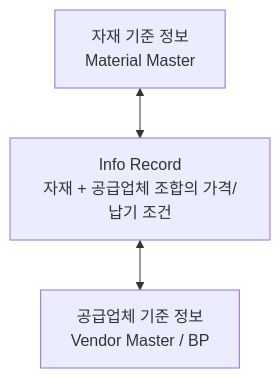
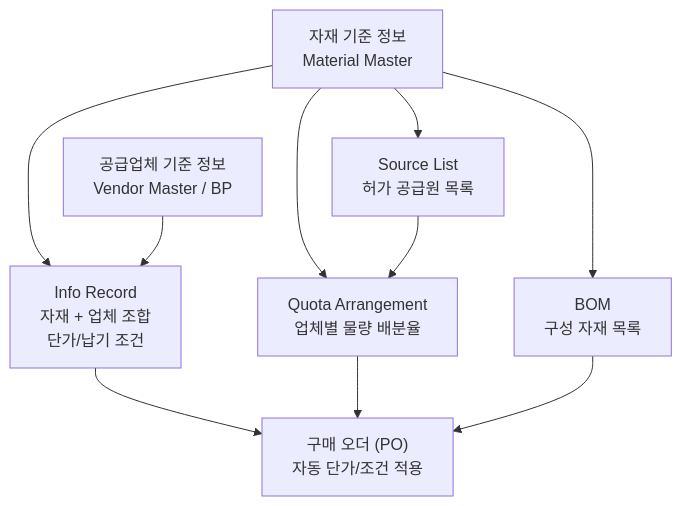
Before and after one commit to jhmin1993/mm: the diagram in docs/_master-data/index.md, drawn with Mermaid. The commit also changed other lines of this file and 12 other files, not shown here.

````diff
--- a/docs/_master-data/index.md
+++ b/docs/_master-data/index.md
@@ -36,5 +36,12 @@
 ```mermaid
 flowchart TD
-    A["자재 기준 정보<br/>Material Master"] <--> B["Info Record<br/>자재 + 공급업체 조합의 가격/납기 조건"]
-    B <--> C["공급업체 기준 정보<br/>Vendor Master / BP"]
+    MM["자재 기준 정보<br/>Material Master"] --> IR["Info Record<br/>자재 + 업체 조합<br/>단가/납기 조건"]
+    VM["공급업체 기준 정보<br/>Vendor Master / BP"] --> IR
+    MM --> SL["Source List<br/>허가 공급원 목록"]
+    MM --> QA["Quota Arrangement<br/>업체별 물량 배분율"]
+    SL --> QA
+    IR --> PO["구매 오더 (PO)<br/>자동 단가/조건 적용"]
+    QA --> PO
+    MM --> BOM["BOM<br/>구성 자재 목록"]
+    BOM --> PO
 ```
````
